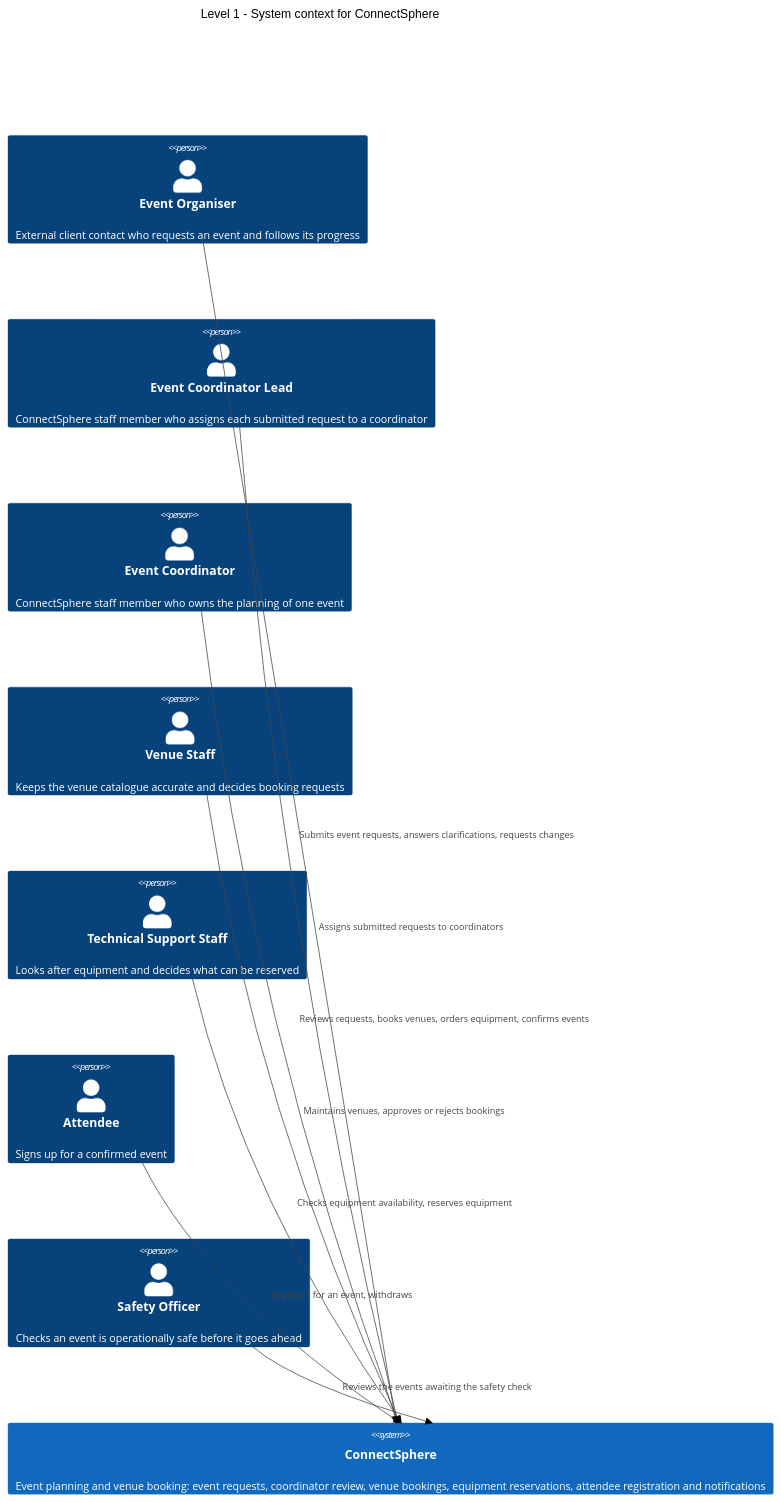
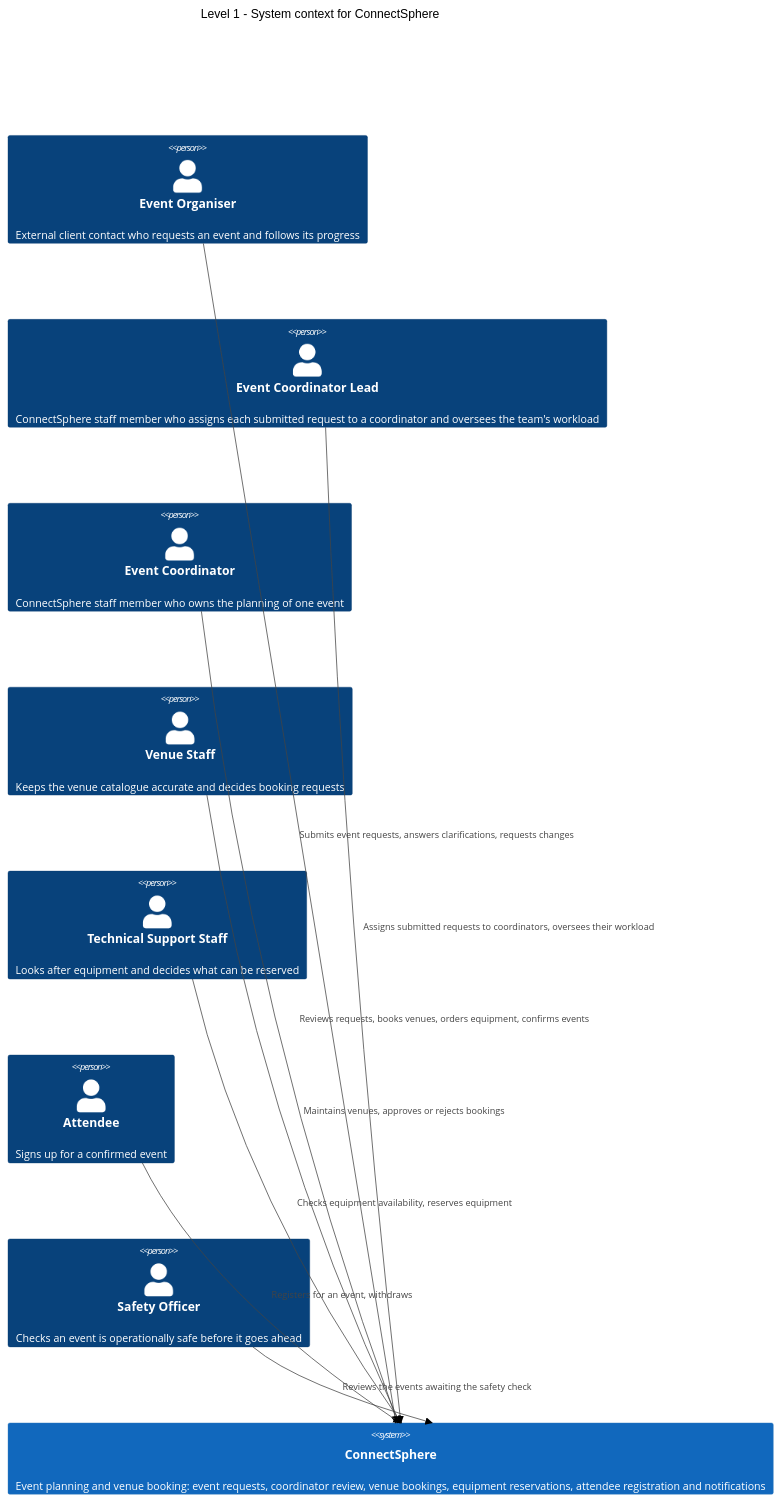
The first of 7 diagrams in docs/C4_MODEL.md (mecmk/SPM-G5), drawn with Mermaid (forest theme) before and after one commit. The commit also changed other lines of this file and 15 other files, not shown here.

Commit message:
feat: Lead overview of coordinator assignments (s5.5)

````diff
--- a/docs/C4_MODEL.md
+++ b/docs/C4_MODEL.md
@@ -27,24 +27,24 @@
 ```mermaid
 C4Context
     title Level 1 - System context for ConnectSphere
 
     Person(organiser, "Event Organiser", "External client contact who requests an event and follows its progress")
-    Person(lead, "Event Coordinator Lead", "ConnectSphere staff member who assigns each submitted request to a coordinator")
+    Person(lead, "Event Coordinator Lead", "ConnectSphere staff member who assigns each submitted request to a coordinator and oversees the team's workload")
     Person(coordinator, "Event Coordinator", "ConnectSphere staff member who owns the planning of one event")
     Person(venueStaff, "Venue Staff", "Keeps the venue catalogue accurate and decides booking requests")
     Person(techStaff, "Technical Support Staff", "Looks after equipment and decides what can be reserved")
     Person(attendee, "Attendee", "Signs up for a confirmed event")
     Person(safetyOfficer, "Safety Officer", "Checks an event is operationally safe before it goes ahead")
 
     System(connectsphere, "ConnectSphere", "Event planning and venue booking: event requests, coordinator review, venue bookings, equipment reservations, attendee registration and notifications")
 
     Rel(organiser, connectsphere, "Submits event requests, answers clarifications, requests changes")
-    Rel(lead, connectsphere, "Assigns submitted requests to coordinators")
+    Rel(lead, connectsphere, "Assigns submitted requests to coordinators, oversees their workload")
     Rel(coordinator, connectsphere, "Reviews requests, books venues, orders equipment, confirms events")
     Rel(venueStaff, connectsphere, "Maintains venues, approves or rejects bookings")
     Rel(techStaff, connectsphere, "Checks equipment availability, reserves equipment")
     Rel(attendee, connectsphere, "Registers for an event, withdraws")
     Rel(safetyOfficer, connectsphere, "Reviews the events awaiting the safety check")
 
     UpdateLayoutConfig($c4ShapeInRow="3", $c4BoundaryInRow="1")
 ```
````
